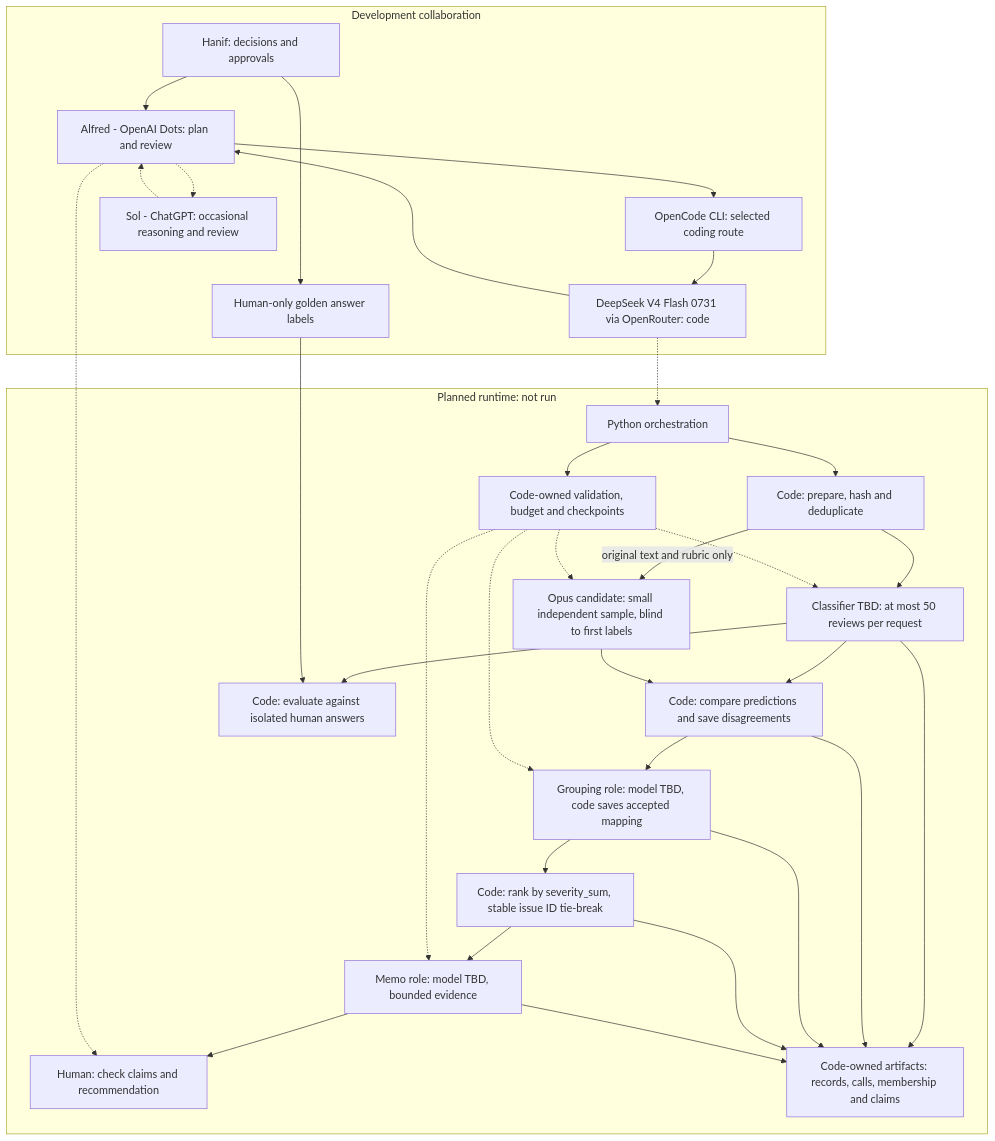
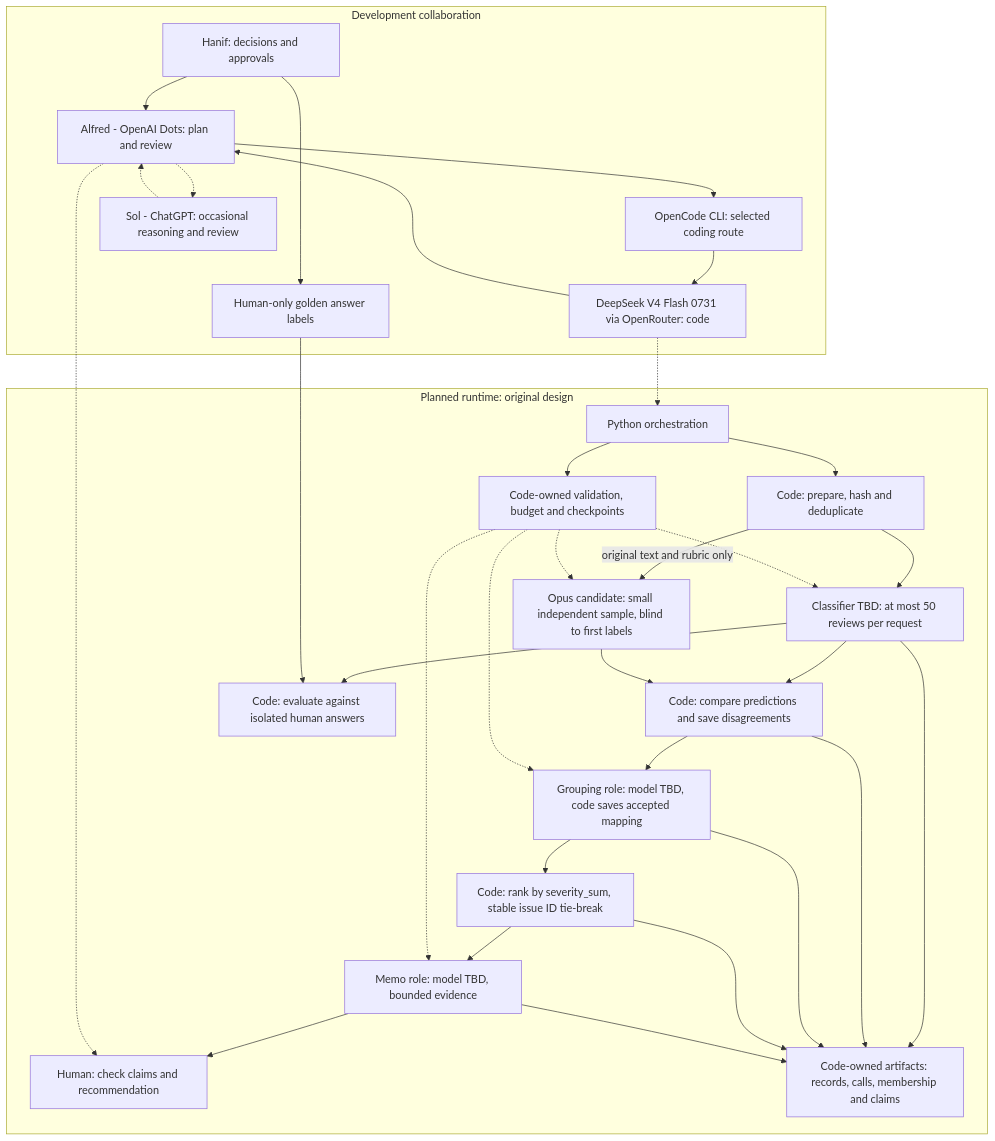
Before and after one commit to patronofalltrades/Fundamentals-of-Agentic-AI-Final-Assignment: the diagram in docs/architecture.md, drawn with Mermaid. The commit also changed other lines of this file and 5 other files, not shown here.

First line of the commit message:
docs: name both cost scopes; retire stale "not run" status lines

````diff
--- a/docs/architecture.md
+++ b/docs/architecture.md
@@ -7,57 +8,57 @@
 ```mermaid
 flowchart TB
     subgraph DEV[Development collaboration]
         Hanif[Hanif: decisions and approvals]
         Alfred[Alfred - OpenAI Dots: plan and review]
         CLI[OpenCode CLI: selected coding route]
         DeepSeek[DeepSeek V4 Flash 0731 via OpenRouter: code]
         Sol[Sol - ChatGPT: occasional reasoning and review]
         Golden[Human-only golden answer labels]
         Hanif --> Alfred
         Alfred --> CLI
         CLI --> DeepSeek
         DeepSeek --> Alfred
         Alfred -.-> Sol
         Sol -.-> Alfred
         Hanif --> Golden
     end
 
-    subgraph RUN[Planned runtime: not run]
+    subgraph RUN[Planned runtime: original design]
         Python[Python orchestration]
         Prepare[Code: prepare, hash and deduplicate]
         Classify[Classifier TBD: at most 50 reviews per request]
         Verify[Opus candidate: small independent sample, blind to first labels]
         Compare[Code: compare predictions and save disagreements]
         Group[Grouping role: model TBD, code saves accepted mapping]
         Rank[Code: rank by severity_sum, stable issue ID tie-break]
         Memo[Memo role: model TBD, bounded evidence]
         Human[Human: check claims and recommendation]
         Saved[Code-owned artifacts: records, calls, membership and claims]
         Controls[Code-owned validation, budget and checkpoints]
         Eval[Code: evaluate against isolated human answers]
         Python --> Prepare
         Prepare --> Classify
         Prepare -->|original text and rubric only| Verify
         Classify --> Compare
         Verify --> Compare
         Compare --> Group
         Group --> Rank
         Rank --> Memo
         Memo --> Human
         Python --> Controls
         Controls -.-> Classify
         Controls -.-> Verify
         Controls -.-> Group
         Controls -.-> Memo
         Classify --> Saved
         Compare --> Saved
         Group --> Saved
         Rank --> Saved
         Memo --> Saved
         Classify --> Eval
     end
 
     DeepSeek -.-> Python
     Alfred -.-> Human
     Golden --> Eval
 ```
````
